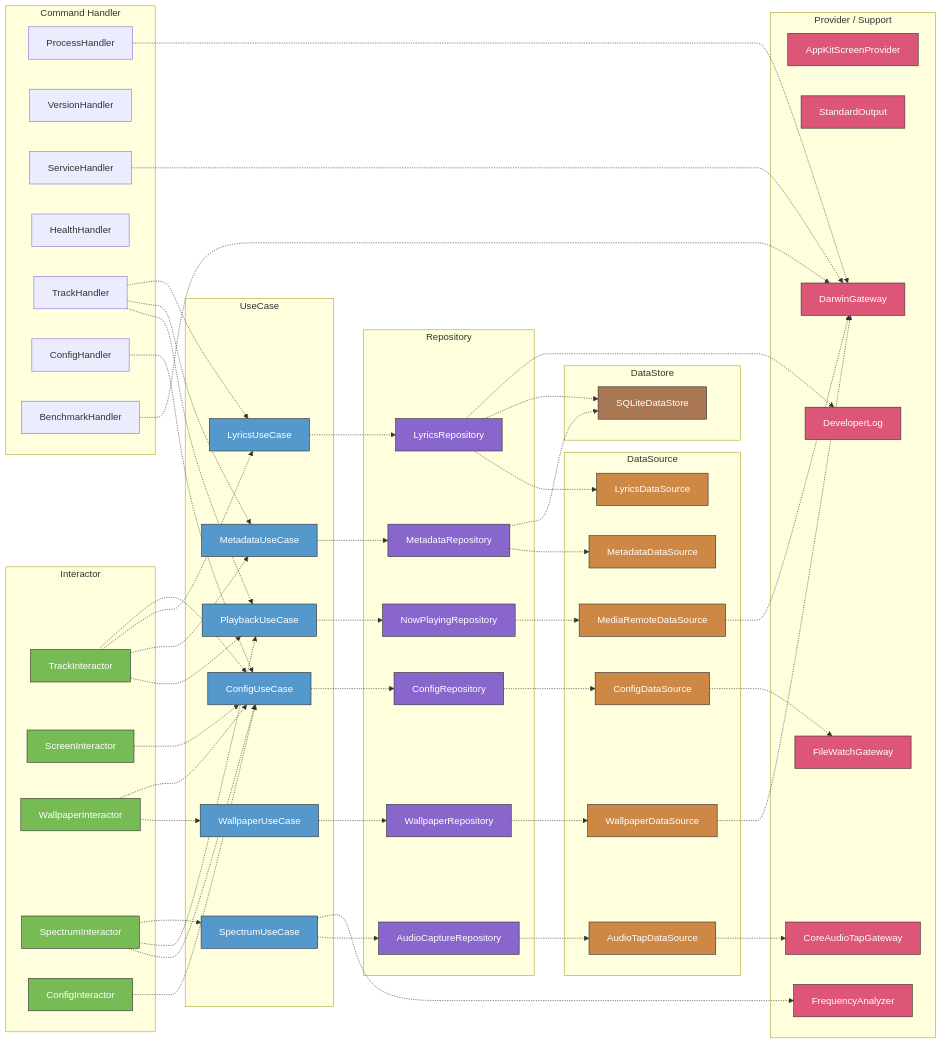
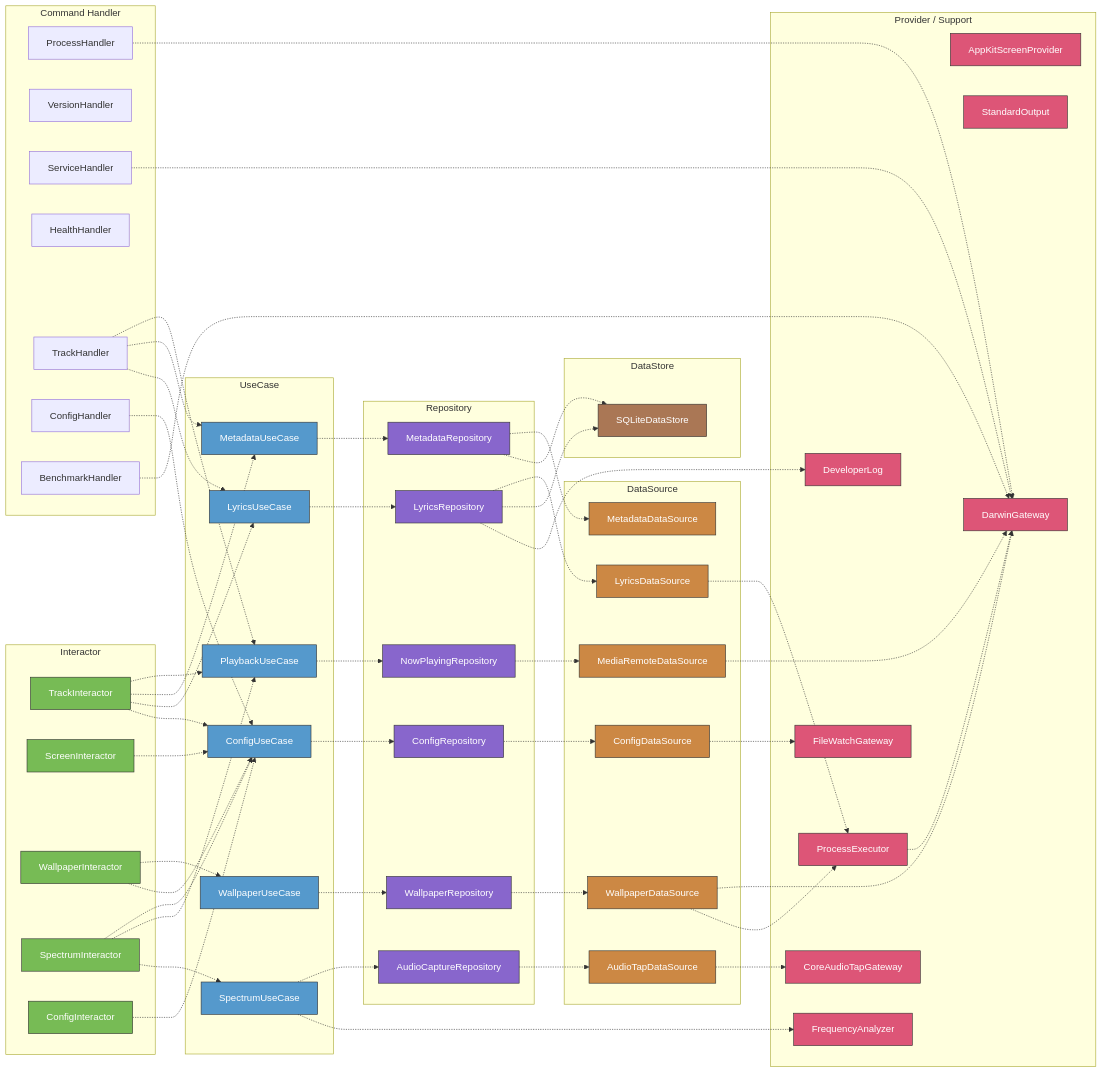
Before and after one commit to GeneralD/lyra: the second of 3 diagrams in docs/ARCHITECTURE.md, drawn with Mermaid. The commit also changed other lines of this file and 19 other files, not shown here.

First line of the commit message:
refactor(#340): executeProcess の timeout oracle を ProcessExecutor に抽象化

````diff
--- a/docs/ARCHITECTURE.md
+++ b/docs/ARCHITECTURE.md
@@ -148,6 +148,7 @@
         FrequencyAnalyzer[FrequencyAnalyzer]
         FileWatchGateway[FileWatchGateway]
         DeveloperLog[DeveloperLog]
+        ProcessExecutor[ProcessExecutor]
     end
 
     subgraph DataStore
@@ -179,6 +180,9 @@
     WallpaperRepository -.-> WallpaperDataSource
     MediaRemoteDataSource -.-> DarwinGateway
     WallpaperDataSource -.-> DarwinGateway
+    LyricsDataSource -.-> ProcessExecutor
+    WallpaperDataSource -.-> ProcessExecutor
+    ProcessExecutor -.-> DarwinGateway
     ConfigDataSource -.-> FileWatchGateway
     AudioTapDataSource -.-> CoreAudioTapGateway
 
@@ -212,5 +216,6 @@
     style FrequencyAnalyzer fill:#d57,stroke:#333,color:#fff
     style FileWatchGateway fill:#d57,stroke:#333,color:#fff
     style DeveloperLog fill:#d57,stroke:#333,color:#fff
+    style ProcessExecutor fill:#d57,stroke:#333,color:#fff
     style SQLiteDataStore fill:#a75,stroke:#333,color:#fff
 ```
````
